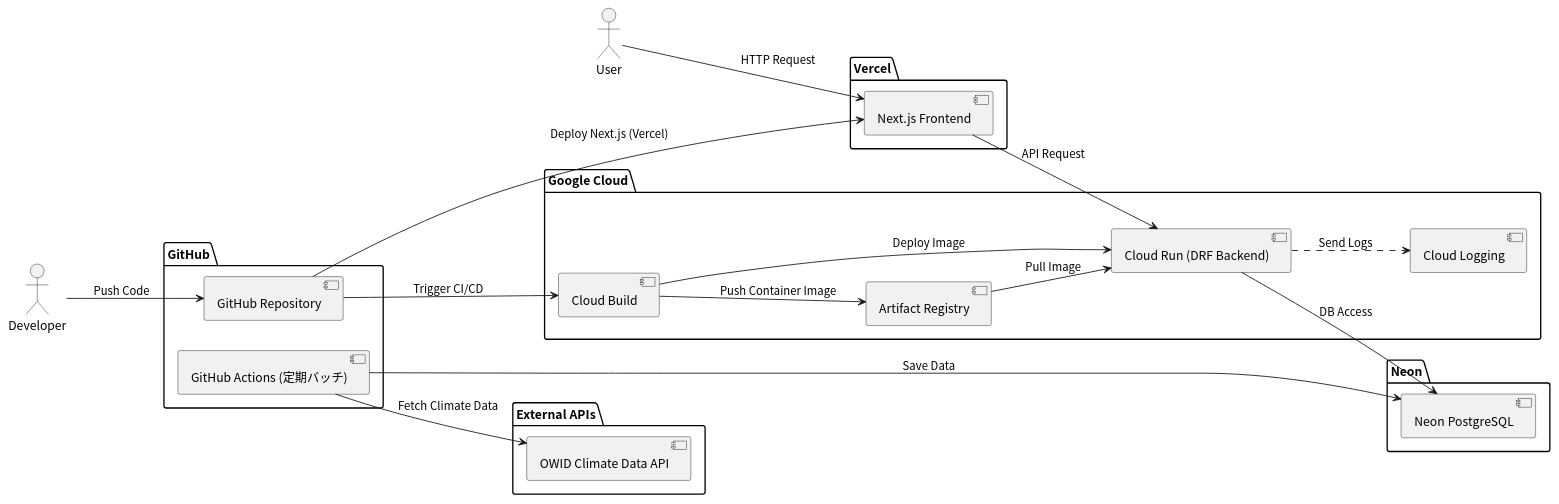
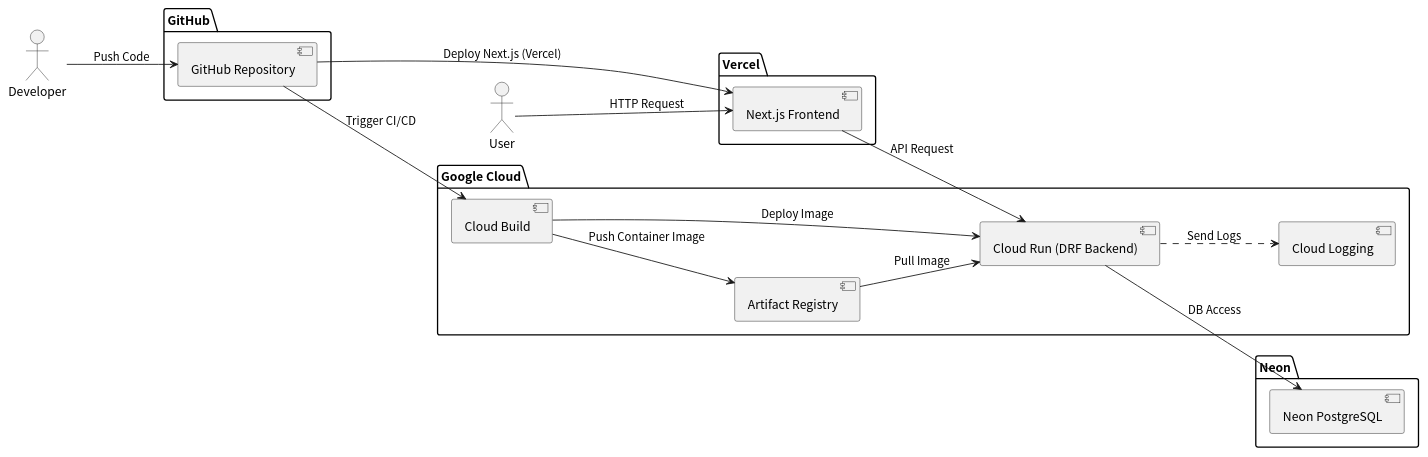
One commit to tomoki-shiozaki/vizshare changed the diagram in docs/system_architecture/system_architecture.pu. Above: the diagram before and after it, drawn with PlantUML.

Commit message:
docs: add system architecture

```diff
--- a/docs/system_architecture/system_architecture.pu
+++ b/docs/system_architecture/system_architecture.pu
@@ -1,52 +1,43 @@
 @startuml system_architecture
 skinparam defaultFontName "Noto Sans CJK JP"
 left to right direction
 
 actor User
 actor Developer
 
 package "Vercel" {
   component "Next.js Frontend" as Frontend
 }
 
 package "Google Cloud" {
   component "Cloud Build" as CloudBuild
   component "Artifact Registry" as ArtifactRegistry
   component "Cloud Run (DRF Backend)" as CloudRun
   component "Cloud Logging" as Logging
 }
 
 package "Neon" {
   component "Neon PostgreSQL" as NeonPostgreSQL
 }
 
-package "External APIs" {
-  component "OWID Climate Data API" as OWIDAPI
-}
-
 package "GitHub" {
   component "GitHub Repository" as GitHubRepo
-  component "GitHub Actions (定期バッチ)" as GitHubActions
 }
 
 ' 開発からデプロイ（バックエンド）
 Developer --> GitHubRepo : Push Code
 GitHubRepo --> CloudBuild : Trigger CI/CD
 CloudBuild --> ArtifactRegistry : Push Container Image
 CloudBuild --> CloudRun : Deploy Image
 ArtifactRegistry --> CloudRun : Pull Image
 
 ' フロントエンド（Vercel）
 GitHubRepo --> Frontend : Deploy Next.js (Vercel)
 
-' 定期バッチ（GitHub Actions）
-GitHubActions --> OWIDAPI : Fetch Climate Data
-GitHubActions --> NeonPostgreSQL : Save Data
-
 ' アプリ実行
 User --> Frontend : HTTP Request
 Frontend --> CloudRun : API Request
 CloudRun --> NeonPostgreSQL : DB Access
 CloudRun ..> Logging : Send Logs
 
 @enduml
```
